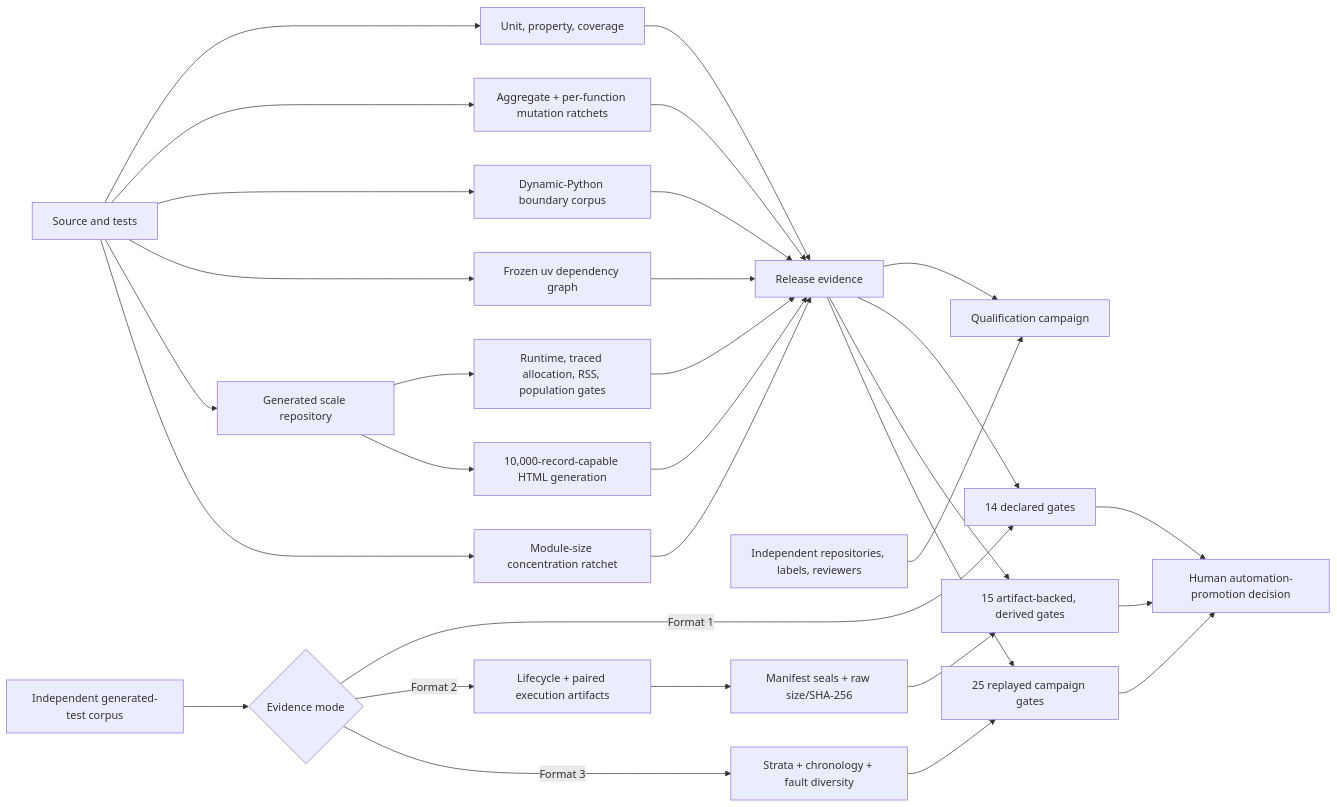
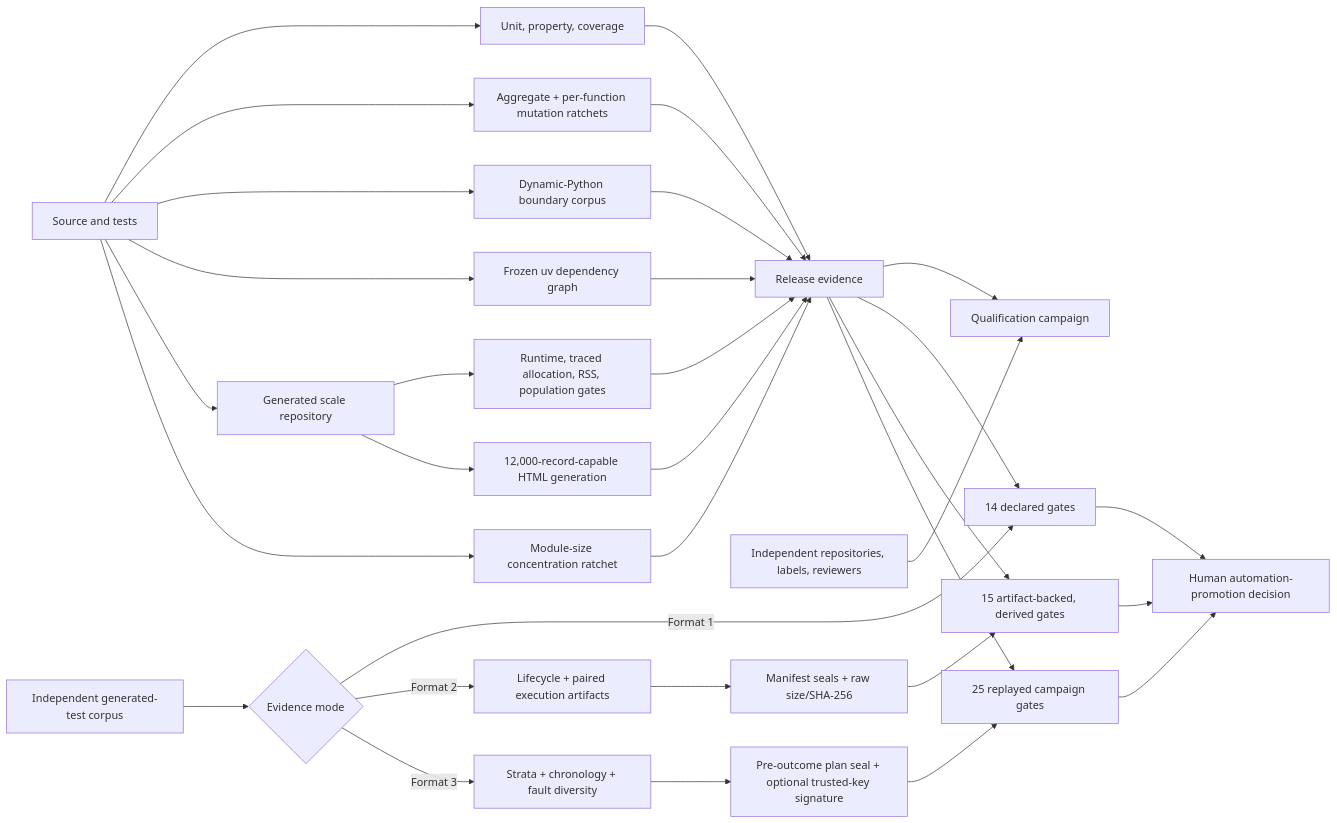
Before and after one commit to willtran87/project-py-sfmea: the diagram in docs/QUALITY_GATES.md, drawn with Mermaid. The commit also changed other lines of this file and 20 other files, not shown here.

````diff
--- a/docs/QUALITY_GATES.md
+++ b/docs/QUALITY_GATES.md
@@ -7,33 +7,34 @@
 ```mermaid
 flowchart LR
   C["Source and tests"] --> U["Unit, property, coverage"]
   C --> M["Aggregate + per-function mutation ratchets"]
   C --> D["Dynamic-Python boundary corpus"]
   C --> L["Frozen uv dependency graph"]
   C --> S["Generated scale repository"]
   S --> P["Runtime, traced allocation, RSS, population gates"]
-  S --> H["10,000-record-capable HTML generation"]
+  S --> H["12,000-record-capable HTML generation"]
   C --> Z["Module-size concentration ratchet"]
   U --> R["Release evidence"]
   M --> R
   D --> R
   L --> R
   P --> R
   H --> R
   Z --> R
   X["Independent repositories, labels, reviewers"] --> Q["Qualification campaign"]
   R --> Q
   G["Independent generated-test corpus"] --> LMODE{"Evidence mode"}
   LMODE -- "Format 1" --> L14["14 declared gates"]
   LMODE -- "Format 2" --> LART["Lifecycle + paired execution artifacts"]
   LMODE -- "Format 3" --> LSTRAT["Strata + chronology + fault diversity"]
   LART --> LRAW["Manifest seals + raw size/SHA-256"]
   LRAW --> L15["15 artifact-backed, derived gates"]
-  LSTRAT --> L25["25 replayed campaign gates"]
+  LSTRAT --> LPLAN["Pre-outcome plan seal + optional trusted-key signature"]
+  LPLAN --> L25["25 replayed campaign gates"]
   R --> L14
   R --> L15
   R --> L25
   L14 --> A["Human automation-promotion decision"]
   L15 --> A
   L25 --> A
 ```
````
